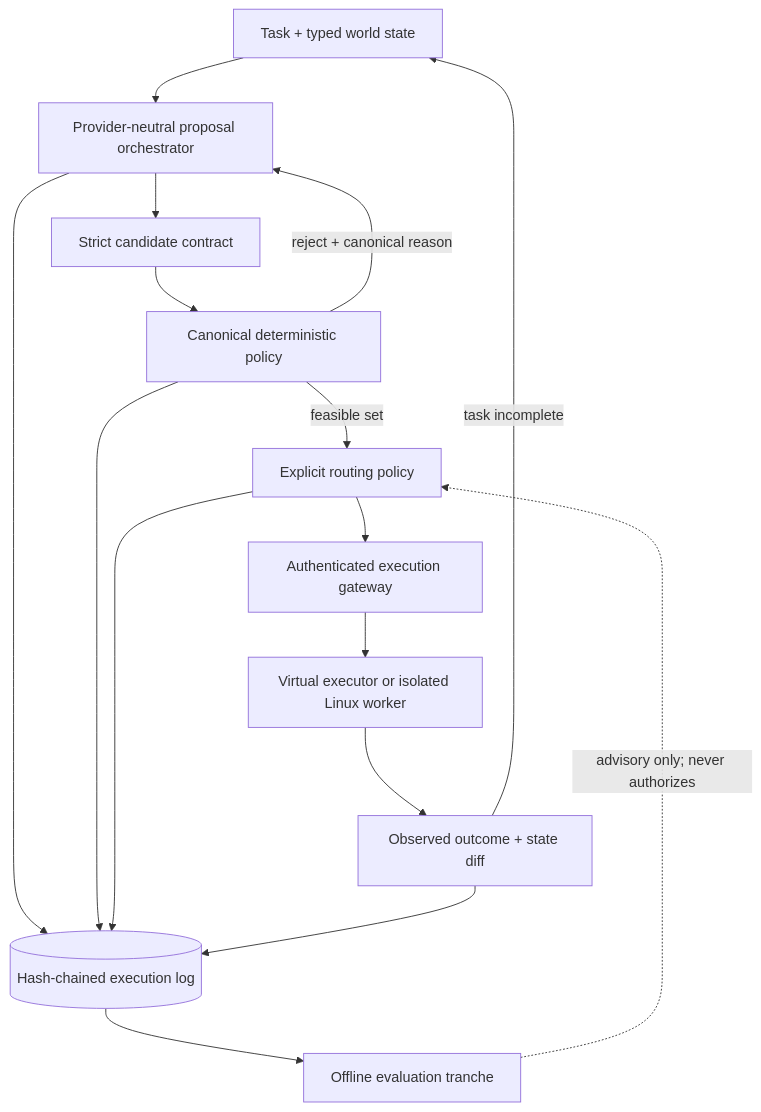
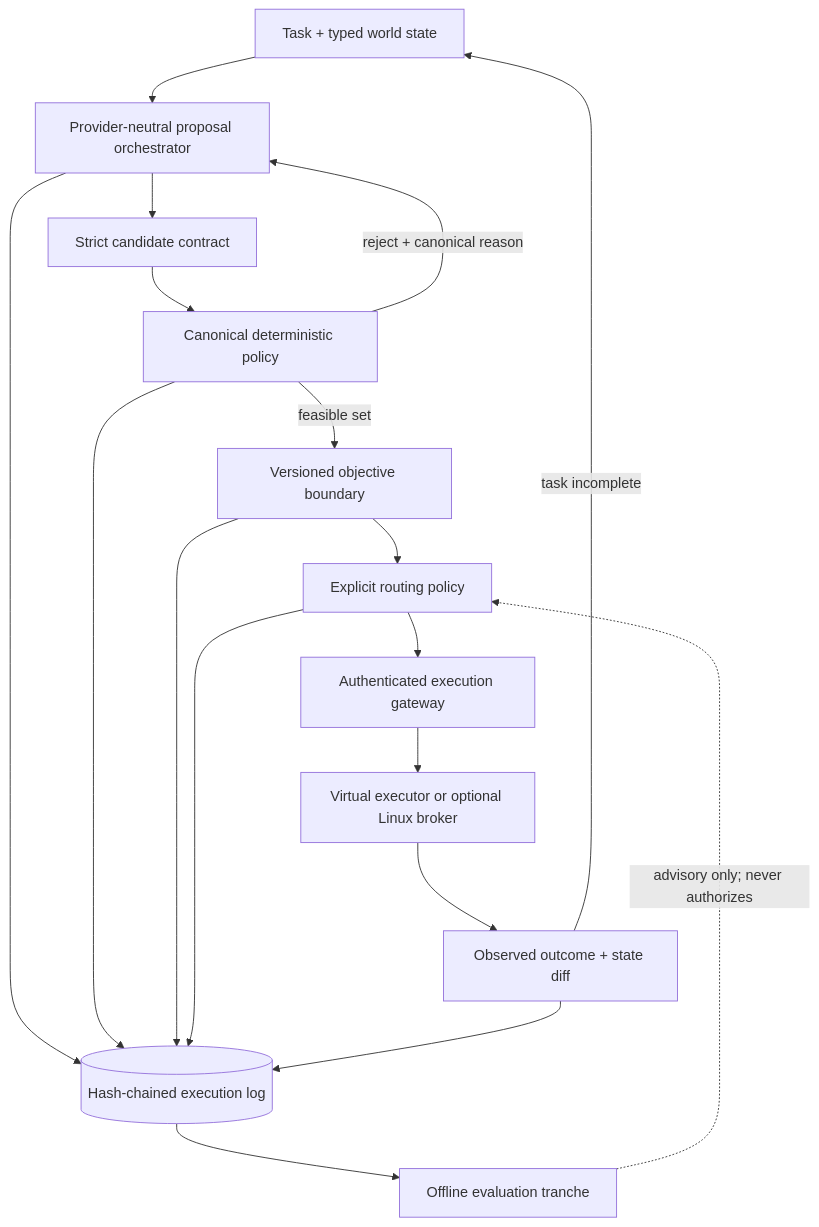
Before and after one commit to darshgarg7/Bouncer: the diagram in README.md, drawn with Mermaid. The commit also changed other lines of this file and 8 other files, not shown here.

Commit message:
Clarify architecture and evidence boundaries

````diff
--- a/README.md
+++ b/README.md
@@ -82,19 +26,21 @@
 ```mermaid
 flowchart TD
     S["Task + typed world state"] --> O["Provider-neutral proposal orchestrator"]
     O --> C["Strict candidate contract"]
     C --> P["Canonical deterministic policy"]
     P -->|"reject + canonical reason"| O
-    P -->|"feasible set"| R["Explicit routing policy"]
+    P -->|"feasible set"| K["Versioned objective boundary"]
+    K --> R["Explicit routing policy"]
     R --> G["Authenticated execution gateway"]
-    G --> W["Virtual executor or isolated Linux worker"]
+    G --> W["Virtual executor or optional Linux broker"]
     W --> D["Observed outcome + state diff"]
     D -->|"task incomplete"| S
 
     O --> L[("Hash-chained execution log")]
     P --> L
+    K --> L
     R --> L
     D --> L
     L --> X["Offline evaluation tranche"]
     X -. "advisory only; never authorizes" .-> R
 ```
````
